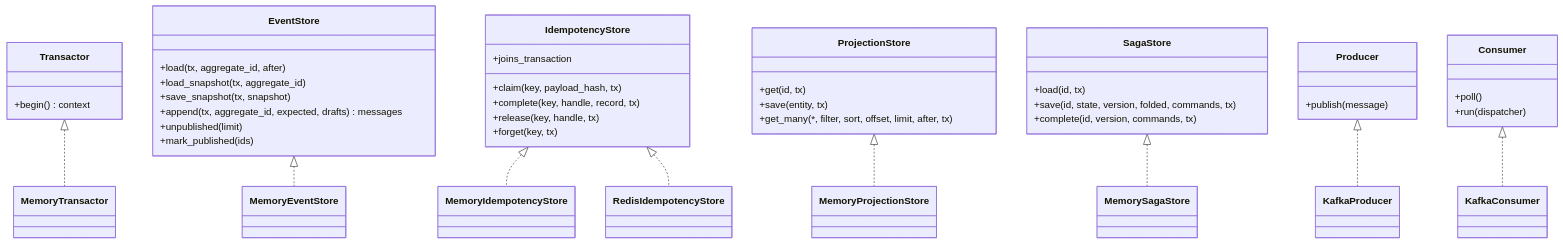
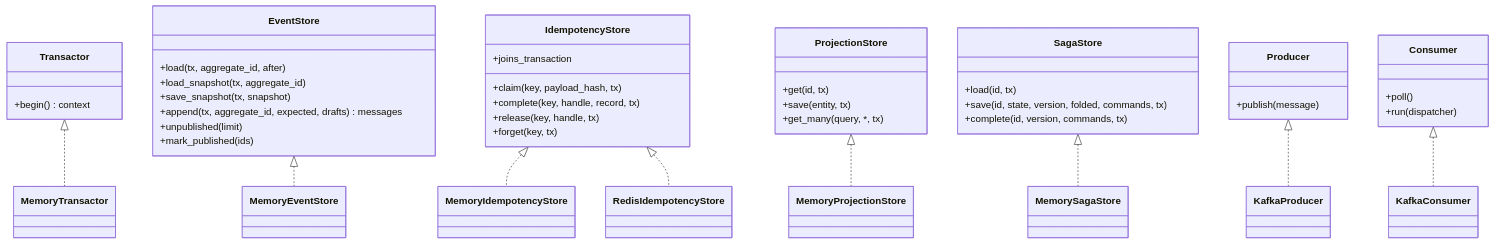
One commit to haskian/edax changed the second of 2 diagrams in docs/sdk/README.md. Above: the diagram before and after it, drawn with Mermaid. The commit also changed 288 other files, not shown here.

````diff
--- a/docs/sdk/README.md
+++ b/docs/sdk/README.md
@@ -51,46 +51,46 @@
 ```mermaid
 classDiagram
     class Transactor {
         +begin() context
     }
     class EventStore {
         +load(tx, aggregate_id, after)
         +load_snapshot(tx, aggregate_id)
         +save_snapshot(tx, snapshot)
         +append(tx, aggregate_id, expected, drafts) messages
         +unpublished(limit)
         +mark_published(ids)
     }
     class IdempotencyStore {
         +claim(key, payload_hash, tx)
         +complete(key, handle, record, tx)
         +release(key, handle, tx)
         +forget(key, tx)
         +joins_transaction
     }
     class ProjectionStore {
         +get(id, tx)
         +save(entity, tx)
-        +get_many(*, filter, sort, offset, limit, after, tx)
+        +get_many(query, *, tx)
     }
     class SagaStore {
         +load(id, tx)
         +save(id, state, version, folded, commands, tx)
         +complete(id, version, commands, tx)
     }
     class Producer {
         +publish(message)
     }
     class Consumer {
         +poll()
         +run(dispatcher)
     }
     Transactor <|.. MemoryTransactor
     EventStore <|.. MemoryEventStore
     IdempotencyStore <|.. MemoryIdempotencyStore
     IdempotencyStore <|.. RedisIdempotencyStore
     ProjectionStore <|.. MemoryProjectionStore
     SagaStore <|.. MemorySagaStore
     Producer <|.. KafkaProducer
     Consumer <|.. KafkaConsumer
 ```
````
